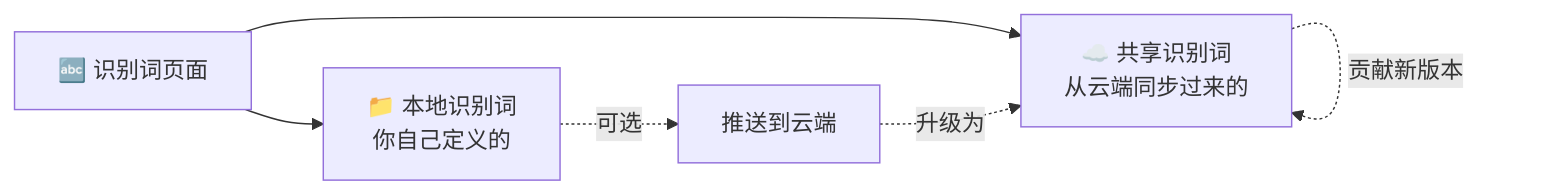
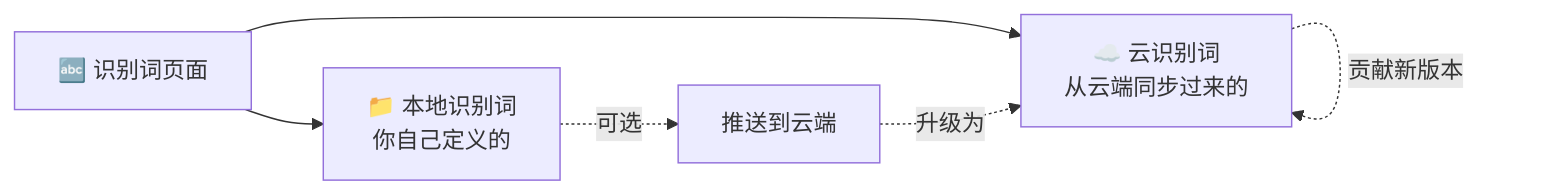
One commit to xylplm/media-saber-wiki changed the first of 4 diagrams in src/usage/media_organization/recog_words.md. Above: the diagram before and after it, drawn with Mermaid. The commit also changed other lines of this file and 4 other files, not shown here.

````diff
--- a/src/usage/media_organization/recog_words.md
+++ b/src/usage/media_organization/recog_words.md
@@ -24,9 +24,9 @@
 ```mermaid
 flowchart LR
     Page[🔤 识别词页面]
     Page --> Local[📁 本地识别词<br/>你自己定义的]
-    Page --> Cloud[☁️ 共享识别词<br/>从云端同步过来的]
+    Page --> Cloud[☁️ 云识别词<br/>从云端同步过来的]
 
     Local -.可选.-> Push[推送到云端] -.升级为.-> Cloud
     Cloud -.贡献新版本.-> Cloud
 ```
````
